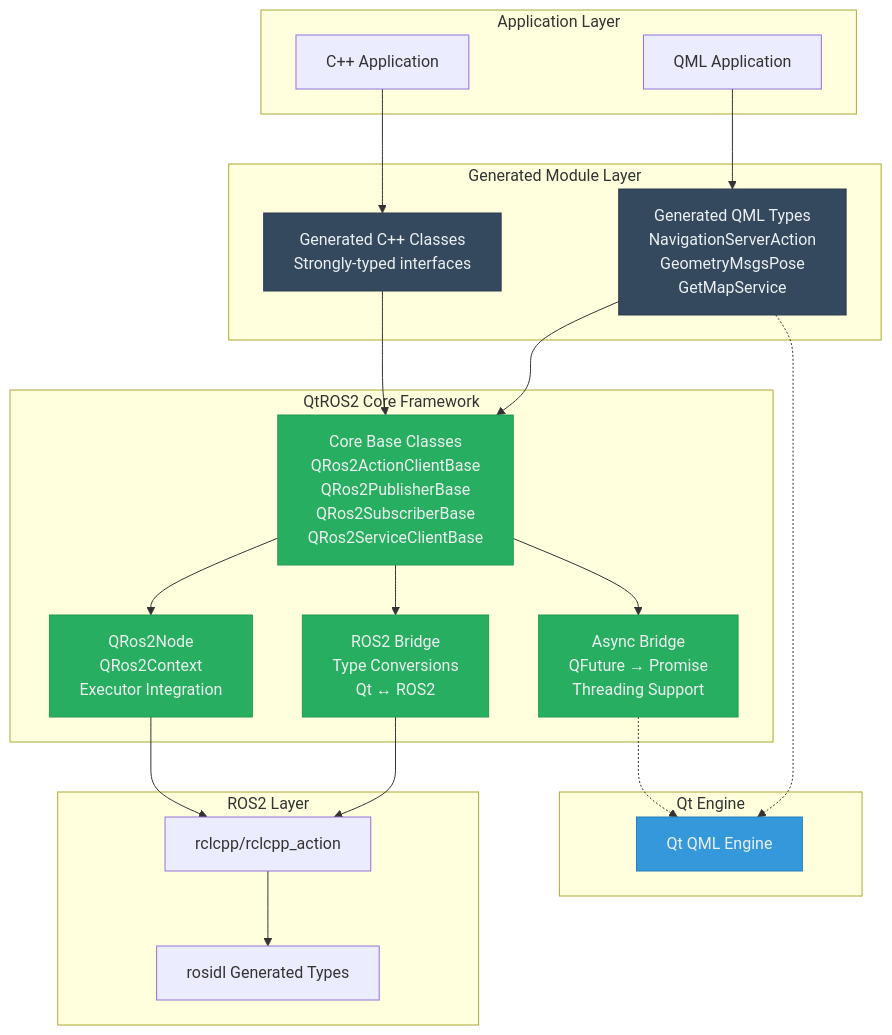
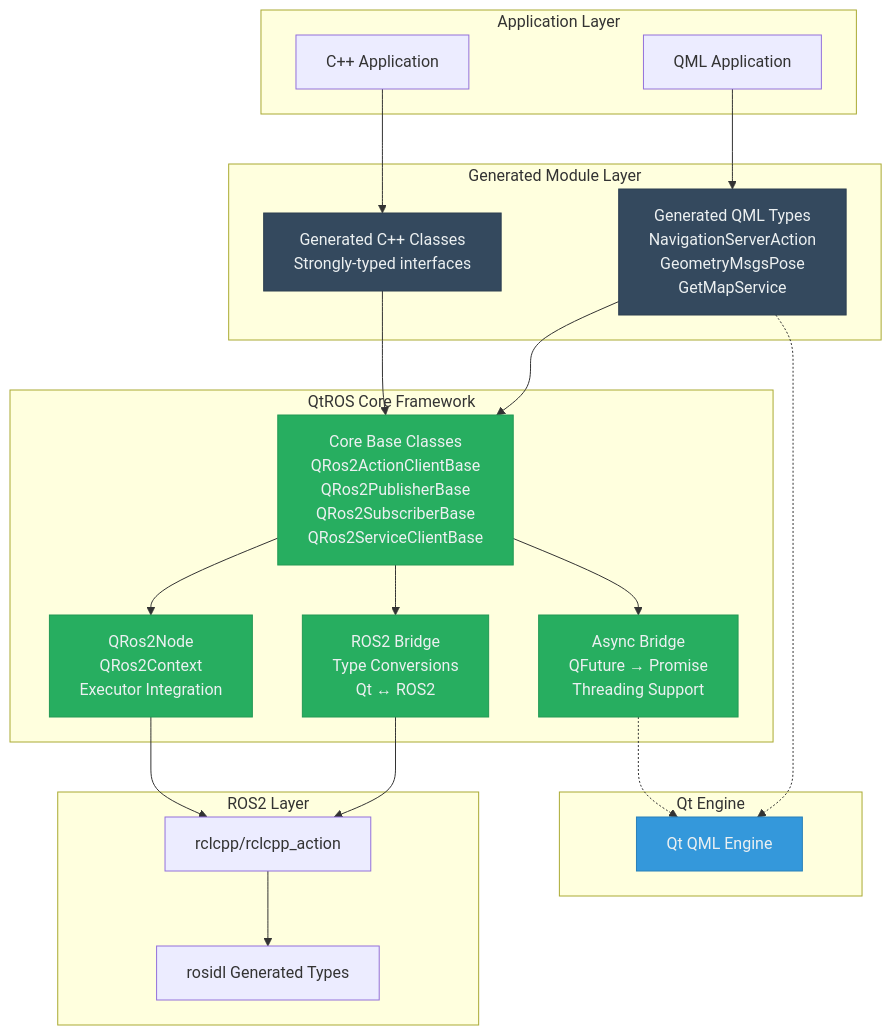
Before and after one commit to TheQtCompanyRnD/qtros: the first of 6 diagrams in README.md, drawn with Mermaid. The commit also changed other lines of this file, not shown here.

````diff
--- a/README.md
+++ b/README.md
@@ -469,49 +591,49 @@
 ```mermaid
 graph TB
     subgraph "Application Layer"
         QML[QML Application]
         CPP[C++ Application]
     end
     
     subgraph "Generated Module Layer"
         GENQML[Generated QML Types<br/>NavigationServerAction<br/>GeometryMsgsPose<br/>GetMapService]
         GENCPP[Generated C++ Classes<br/>Strongly-typed interfaces]
     end
     
-    subgraph "QtROS2 Core Framework"
+    subgraph "QtROS Core Framework"
         CORE[Core Base Classes<br/>QRos2ActionClientBase<br/>QRos2PublisherBase<br/>QRos2SubscriberBase<br/>QRos2ServiceClientBase]
         BRIDGE[ROS2 Bridge<br/>Type Conversions<br/>Qt ↔ ROS2]
         NODE[QRos2Node<br/>QRos2Context<br/>Executor Integration]
         ASYNC[Async Bridge<br/>QFuture → Promise<br/>Threading Support]
     end
     
     subgraph "Qt Engine"
         ENGINE[Qt QML Engine]
     end
     
     subgraph "ROS2 Layer"
         RCLCPP[rclcpp/rclcpp_action]
         ROSIDL[rosidl Generated Types]
     end
     
     QML --> GENQML
     CPP --> GENCPP
     GENQML --> CORE
     GENCPP --> CORE
     CORE --> BRIDGE
     CORE --> NODE
     CORE --> ASYNC
     BRIDGE --> RCLCPP
     NODE --> RCLCPP
     RCLCPP --> ROSIDL
     GENQML -.-> ENGINE
     ASYNC -.-> ENGINE
     
     style GENQML fill:#34495e,stroke:#2c3e50,color:#ecf0f1
     style GENCPP fill:#34495e,stroke:#2c3e50,color:#ecf0f1
     style CORE fill:#27ae60,stroke:#229954,color:#ecf0f1
     style BRIDGE fill:#27ae60,stroke:#229954,color:#ecf0f1
     style NODE fill:#27ae60,stroke:#229954,color:#ecf0f1
     style ASYNC fill:#27ae60,stroke:#229954,color:#ecf0f1
     style ENGINE fill:#3498db,stroke:#2980b9,color:#ecf0f1
 ```
````
